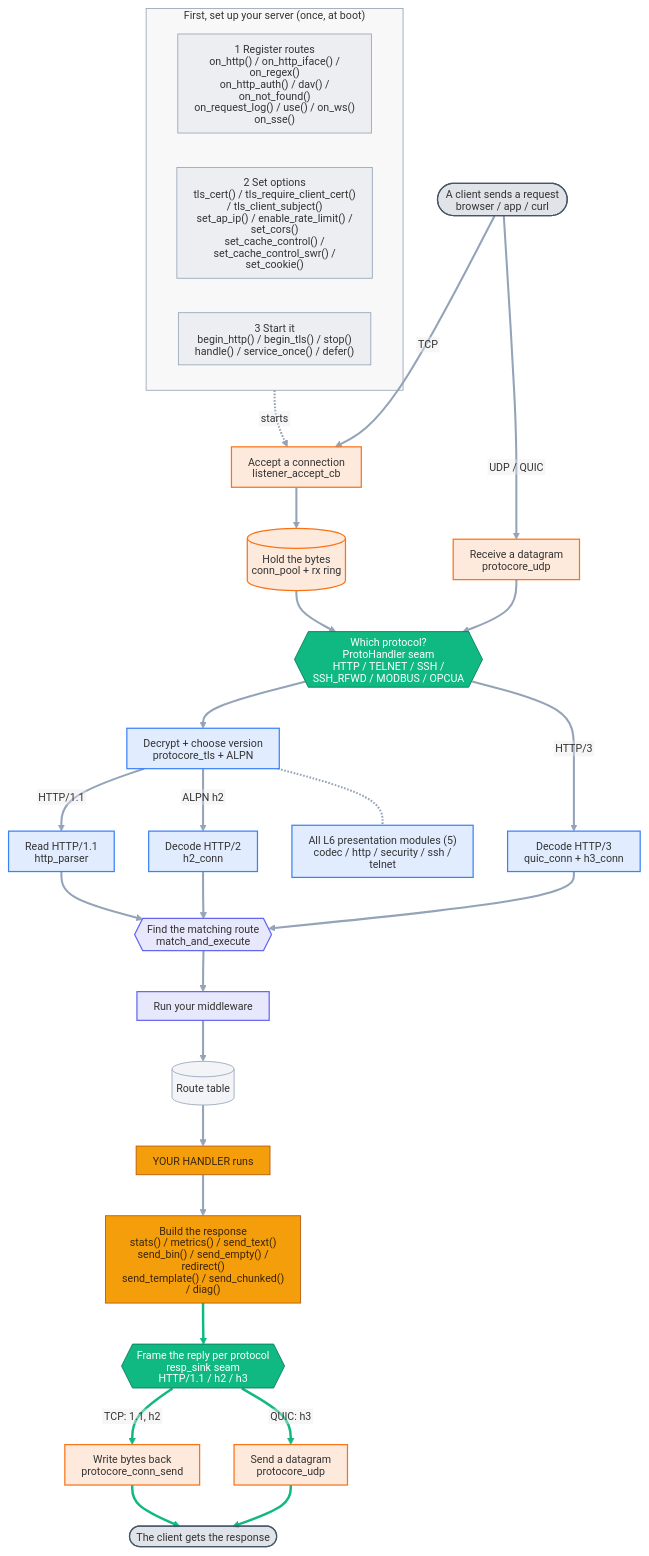
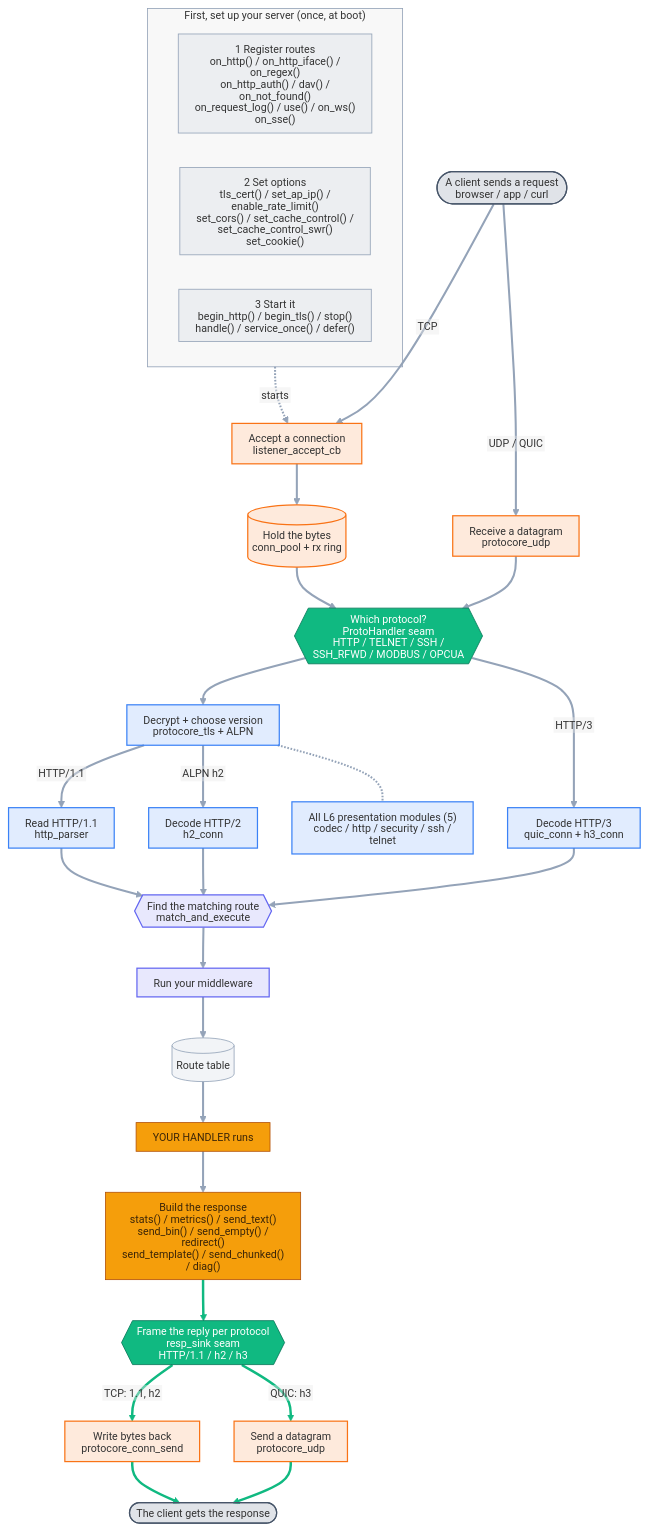
The diagram in docs/diagrams/api_flow_detail.mmd (dstroy0/ProtoCore), drawn with Mermaid before and after one commit. The commit also changed 60 other files, not shown here.

```diff
--- a/docs/diagrams/api_flow_detail.mmd
+++ b/docs/diagrams/api_flow_detail.mmd
@@ -1,71 +1,71 @@
 %%{init: {'htmlLabels':false,'themeVariables':{'fontFamily':'sans-serif','fontSize':'13px','lineColor':'#94a3b8'},'flowchart':{'curve':'basis','nodeSpacing':42,'rankSpacing':50,'padding':10,'useMaxWidth':true,'htmlLabels':false}}}%%
 flowchart TB
   %% Auto-generated from the public API, protocore_builtins.c, and presentation/ on disk.
   subgraph SETUP["First, set up your server (once, at boot)"]
     direction LR
     reg["1 Register routes<br/>on_http() / on_http_iface() / on_regex()<br/>on_http_auth() / dav() / on_not_found()<br/>on_request_log() / use() / on_ws()<br/>on_sse()"]
-    cfg["2 Set options<br/>tls_cert() / tls_require_client_cert() / tls_client_subject()<br/>set_ap_ip() / enable_rate_limit() / set_cors()<br/>set_cache_control() / set_cache_control_swr() / set_cookie()"]
+    cfg["2 Set options<br/>tls_cert() / set_ap_ip() / enable_rate_limit()<br/>set_cors() / set_cache_control() / set_cache_control_swr()<br/>set_cookie()"]
     run["3 Start it<br/>begin_http() / begin_tls() / stop()<br/>handle() / service_once() / defer()"]
   end
 
   cin(["A client sends a request<br/>browser / app / curl"])
   listen["Accept a connection<br/>listener_accept_cb"]
   ring[("Hold the bytes<br/>conn_pool + rx ring")]
   udprx["Receive a datagram<br/>protocore_udp"]
   seam{{"Which protocol?<br/>ProtoHandler seam<br/>HTTP / TELNET / SSH / SSH_RFWD / MODBUS / OPCUA"}}
   tls["Decrypt + choose version<br/>protocore_tls + ALPN"]
   parser["Read HTTP/1.1<br/>http_parser"]
   h2["Decode HTTP/2<br/>h2_conn"]
   h3["Decode HTTP/3<br/>quic_conn + h3_conn"]
   mae{{"Find the matching route<br/>match_and_execute"}}
   mw["Run your middleware"]
   routes[("Route table")]
   handler["YOUR HANDLER runs"]
   resp["Build the response<br/>stats() / metrics() / send_text()<br/>send_bin() / send_empty() / redirect()<br/>send_template() / send_chunked() / diag()"]
   sink{{"Frame the reply per protocol<br/>resp_sink seam<br/>HTTP/1.1 / h2 / h3"}}
   consend["Write bytes back<br/>protocore_conn_send"]
   udptx["Send a datagram<br/>protocore_udp"]
   cout(["The client gets the response"])
   mods["All L6 presentation modules (5)<br/>codec / http / security / ssh / telnet"]
 
   run -.->|starts| listen
   cin ==>|TCP| listen
   listen --> ring
   ring --> seam
   cin ==>|UDP / QUIC| udprx
   udprx --> seam
   seam --> tls
   tls -->|HTTP/1.1| parser
   tls -->|ALPN h2| h2
   seam -->|HTTP/3| h3
   parser --> mae
   h2 --> mae
   h3 --> mae
   mae --> mw
   mw --> routes
   routes --> handler
   handler --> resp
   resp --> sink
   sink -->|TCP: 1.1, h2| consend
   sink -->|QUIC: h3| udptx
   consend ==> cout
   udptx ==> cout
   tls -.- mods
 
   class cin,cout ext;
   class reg,cfg,run,routes setup;
   class listen,ring,udprx,udptx,consend l4;
   class seam,sink seam;
   class tls,parser,h2,h3,mods l6;
   class mae,mw l7;
   class handler,resp you;
   classDef ext fill:#64748b33,stroke:#475569,stroke-width:1.5px;
   classDef setup fill:#94a3b81f,stroke:#94a3b8;
   classDef l4 fill:#f9731626,stroke:#f97316,stroke-width:1.5px;
   classDef seam fill:#10b981,stroke:#047857,color:#ffffff;
   classDef l6 fill:#3b82f626,stroke:#3b82f6,stroke-width:1.5px;
   classDef l7 fill:#6366f126,stroke:#6366f1,stroke-width:1.5px;
   classDef you fill:#f59e0b,stroke:#b45309,color:#3b2508;
   style SETUP fill:#8888880f,stroke:#94a3b8,stroke-width:1px;
   linkStyle default stroke-width:2.5px;
   linkStyle 17,18,19,20,21 stroke:#10b981,stroke-width:3px;
```
